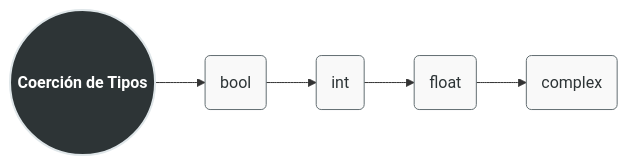
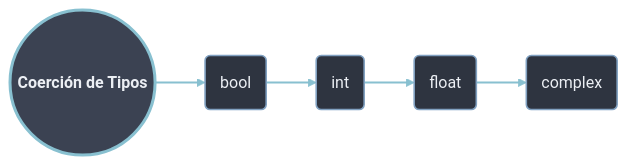
One commit to Pineapple-Mikael-Engineer/Python_Obsidian changed the second of 2 diagrams in 100 Programación Orientada a Procesos/10 Variables y Tipos de Datos/03 Transformación de Tipos.md. Above: the diagram before and after it, drawn with Mermaid. The commit also changed other lines of this file and 9 other files, not shown here.

Commit message:
fix: Arreglar Graficos Mermaid a Estandar

````diff
--- a/100 Programación Orientada a Procesos/10 Variables y Tipos de Datos/03 Transformación de Tipos.md
+++ b/100 Programación Orientada a Procesos/10 Variables y Tipos de Datos/03 Transformación de Tipos.md
@@ -64,13 +67,15 @@
 ```mermaid
 flowchart LR
-    classDef principal fill:#2d3436,stroke:#dfe6e9,stroke-width:2px,color:#fff,font-weight:bold;
-    classDef nivel fill:#f9f9f9,stroke:#636e72,stroke-width:1px,color:#2d3436;
-    classDef flecha stroke:#e17055,stroke-width:2px;
-
+    classDef principal fill:#3b4252,stroke:#88c0d0,stroke-width:3px,color:#eceff4,font-weight:bold;
+    classDef nivel fill:#2e3440,stroke:#81a1c1,stroke-width:1.6px,color:#eceff4;
+    
     Title((Coerción de Tipos)):::principal
 
     Title --> B
     B("bool"):::nivel --> I("int"):::nivel
     I --> F("float"):::nivel
     F --> C("complex"):::nivel
+
+    linkStyle default stroke:#88c0d0,stroke-width:2px
+
 ```
````
